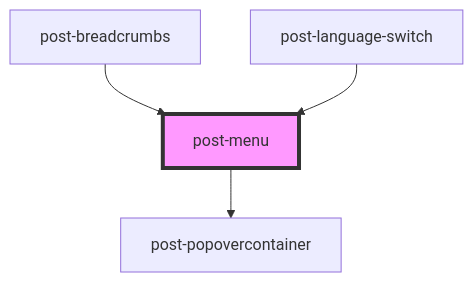
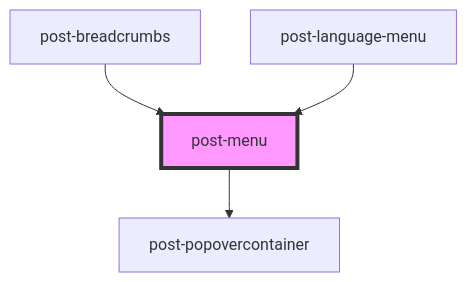
The diagram in packages/components/src/components/post-menu/readme.md (swisspost/design-system), drawn with Mermaid before and after one commit. The commit also changed other lines of this file and 25 other files, not shown here.

Commit message:
chore(component): rename the `post-language-switch` and `post-language-option` components

````diff
--- a/packages/components/src/components/post-menu/readme.md
+++ b/packages/components/src/components/post-menu/readme.md
@@ -94,7 +94,7 @@
 ```mermaid
 graph TD;
   post-menu --> post-popovercontainer
   post-breadcrumbs --> post-menu
-  post-language-switch --> post-menu
+  post-language-menu --> post-menu
   style post-menu fill:#f9f,stroke:#333,stroke-width:4px
 ```
````
